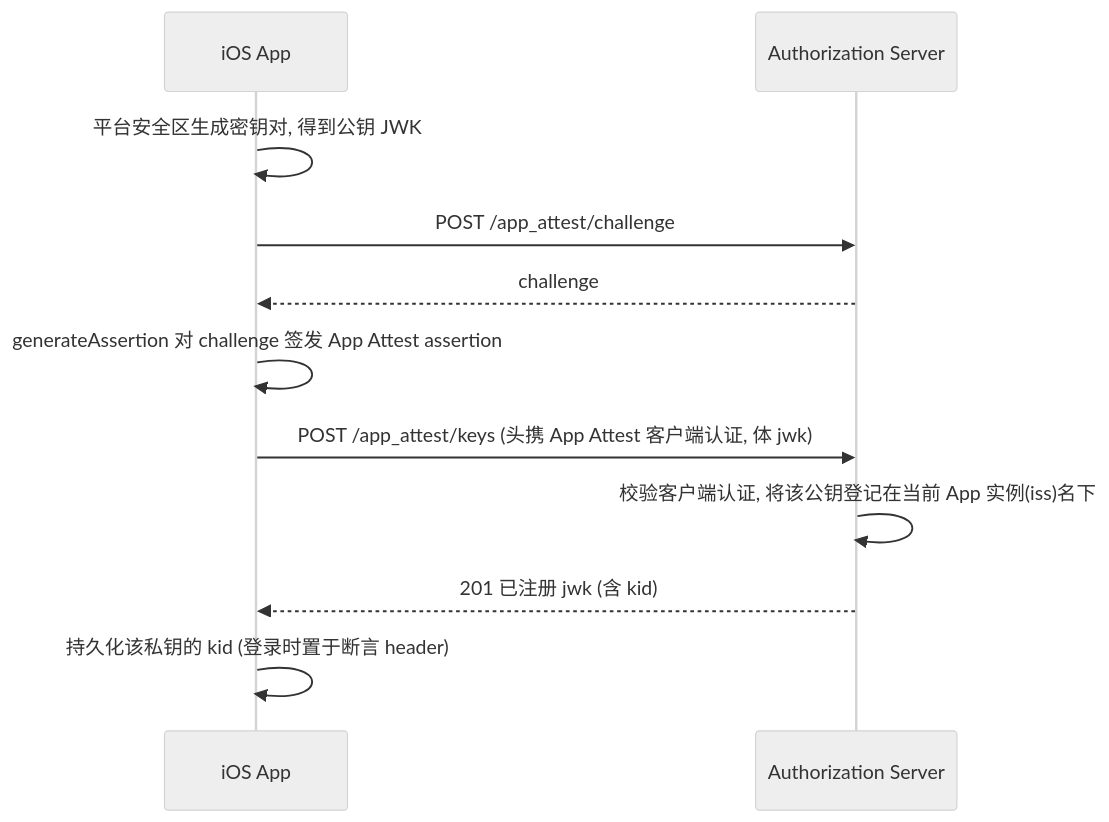
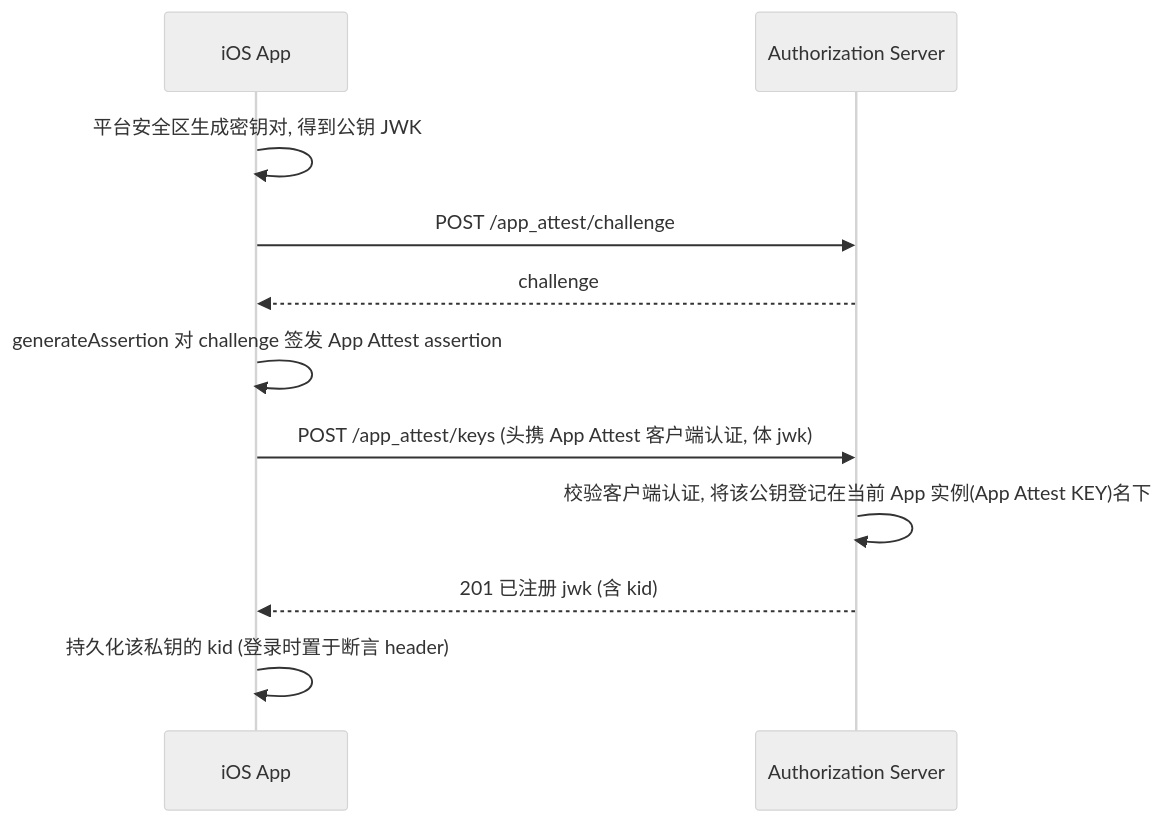
One commit to euler-projects/demo changed the first of 2 diagrams in user-center/doc/apis/zh-cn/app-attest-login/v2/App-Attest-Login-#-Jwt-Bearer.md. Above: the diagram before and after it, drawn with Mermaid (neutral theme). The commit also changed other lines of this file and 12 other files, not shown here.

````diff
--- a/user-center/doc/apis/zh-cn/app-attest-login/v2/App-Attest-Login-#-Jwt-Bearer.md
+++ b/user-center/doc/apis/zh-cn/app-attest-login/v2/App-Attest-Login-#-Jwt-Bearer.md
@@ -116,13 +119,13 @@
 ```mermaid
 sequenceDiagram
     participant App as iOS App
     participant Server as Authorization Server
     App ->> App: 平台安全区生成密钥对, 得到公钥 JWK
     App ->> Server: POST /app_attest/challenge
     Server -->> App: challenge
     App ->> App: generateAssertion 对 challenge 签发 App Attest assertion
     App ->> Server: POST /app_attest/keys (头携 App Attest 客户端认证, 体 jwk)
-    Server ->> Server: 校验客户端认证, 将该公钥登记在当前 App 实例(iss)名下
+    Server ->> Server: 校验客户端认证, 将该公钥登记在当前 App 实例(App Attest KEY)名下
     Server -->> App: 201 已注册 jwk (含 kid)
     App ->> App: 持久化该私钥的 kid (登录时置于断言 header)
 ```
````
